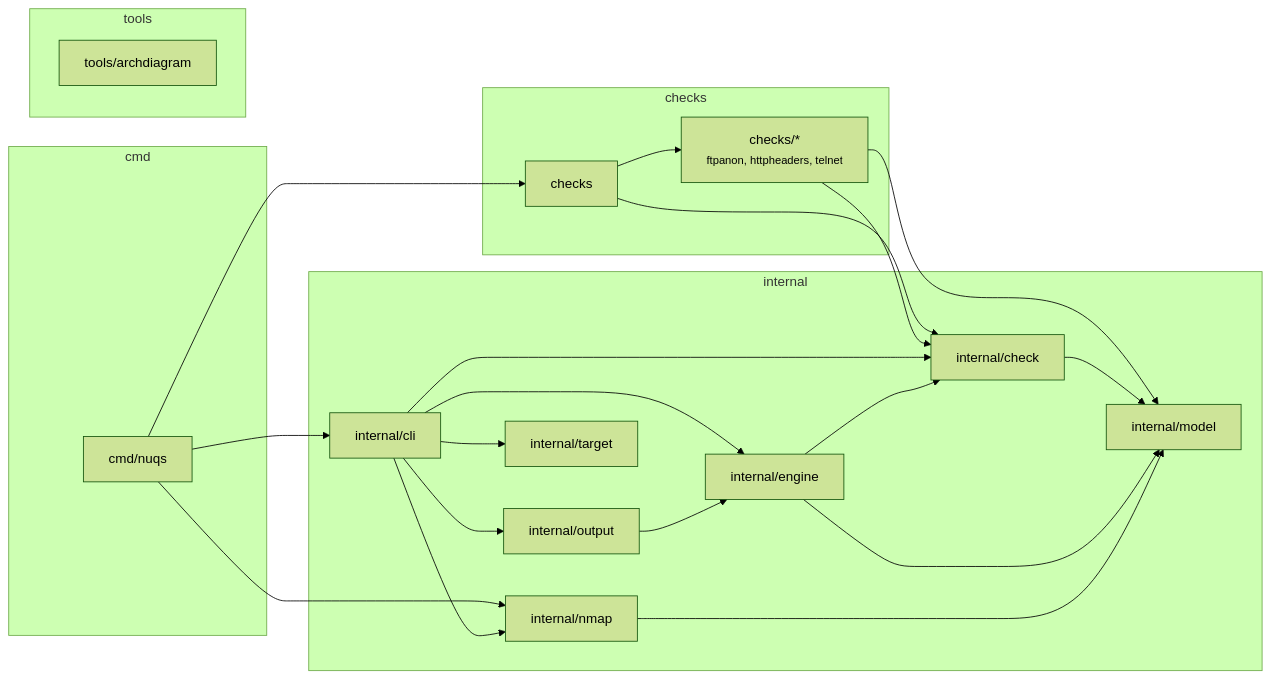
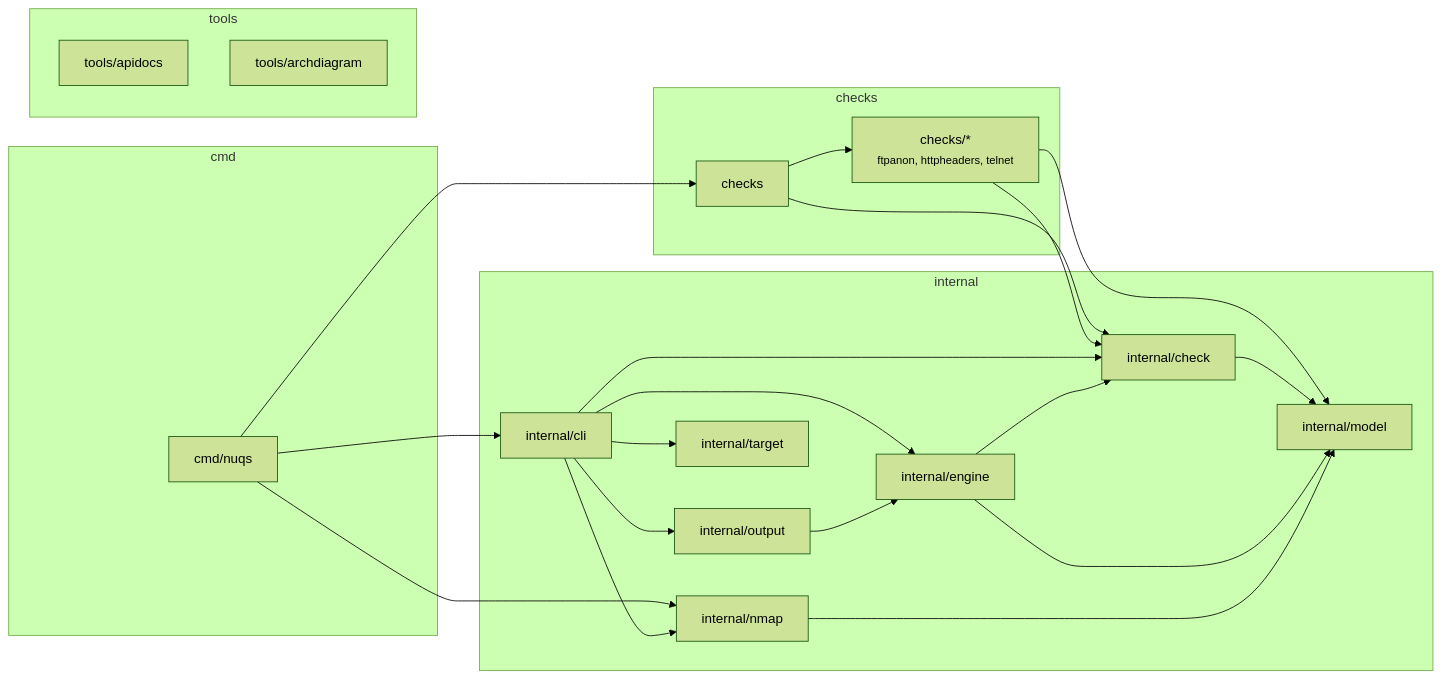
Before and after one commit to 92meharali/nuqs: the diagram in docs/architecture.md, drawn with Mermaid (forest theme). The commit also changed other lines of this file and 37 other files, not shown here.

````diff
--- a/docs/architecture.md
+++ b/docs/architecture.md
@@ -10,39 +10,40 @@
 ```mermaid
 flowchart LR
   subgraph n_g_checks ["checks"]
     n_checks["checks"]
     n_checks__["checks/*<br/><small>ftpanon, httpheaders, telnet</small>"]
   end
   subgraph n_g_cmd ["cmd"]
     n_cmd_nuqs["cmd/nuqs"]
   end
   subgraph n_g_internal ["internal"]
     n_internal_check["internal/check"]
     n_internal_cli["internal/cli"]
     n_internal_engine["internal/engine"]
     n_internal_model["internal/model"]
     n_internal_nmap["internal/nmap"]
     n_internal_output["internal/output"]
     n_internal_target["internal/target"]
   end
   subgraph n_g_tools ["tools"]
+    n_tools_apidocs["tools/apidocs"]
     n_tools_archdiagram["tools/archdiagram"]
   end
   n_checks --> n_checks__
   n_checks --> n_internal_check
   n_checks__ --> n_internal_check
   n_checks__ --> n_internal_model
   n_cmd_nuqs --> n_checks
   n_cmd_nuqs --> n_internal_cli
   n_cmd_nuqs --> n_internal_nmap
   n_internal_check --> n_internal_model
   n_internal_cli --> n_internal_check
   n_internal_cli --> n_internal_engine
   n_internal_cli --> n_internal_nmap
   n_internal_cli --> n_internal_output
   n_internal_cli --> n_internal_target
   n_internal_engine --> n_internal_check
   n_internal_engine --> n_internal_model
   n_internal_nmap --> n_internal_model
   n_internal_output --> n_internal_engine
 ```
````
